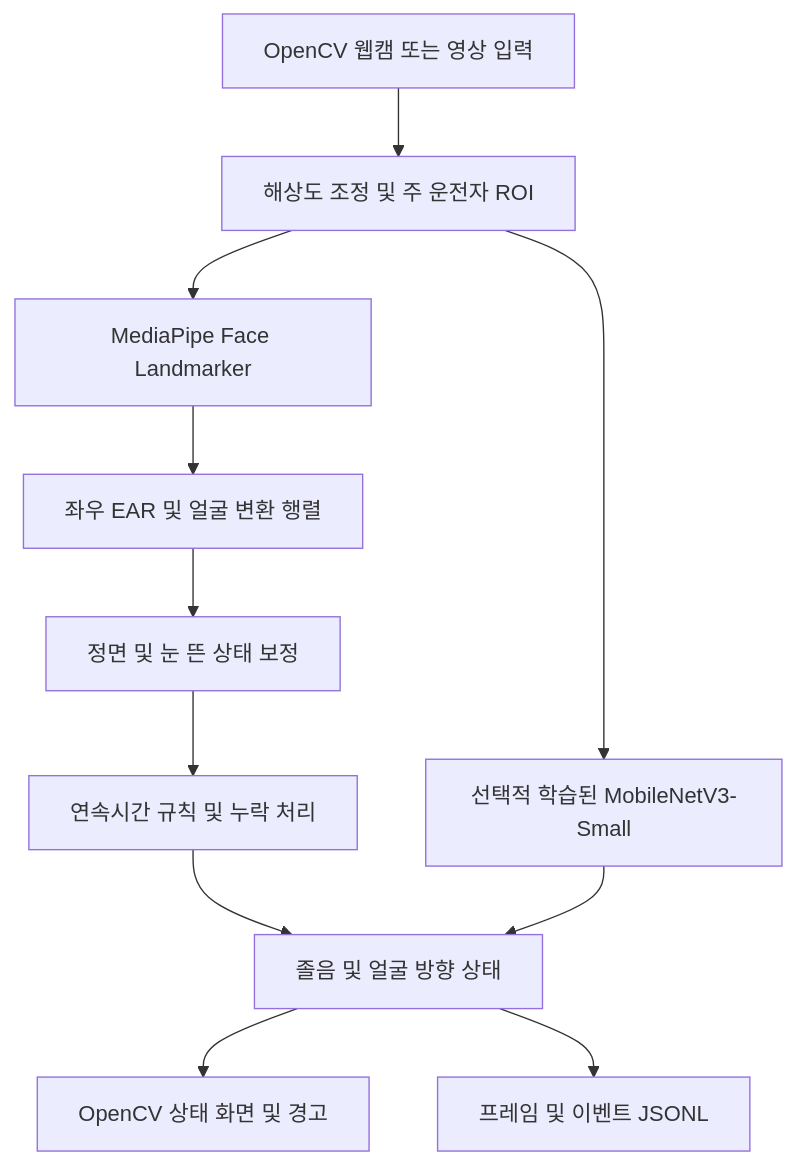
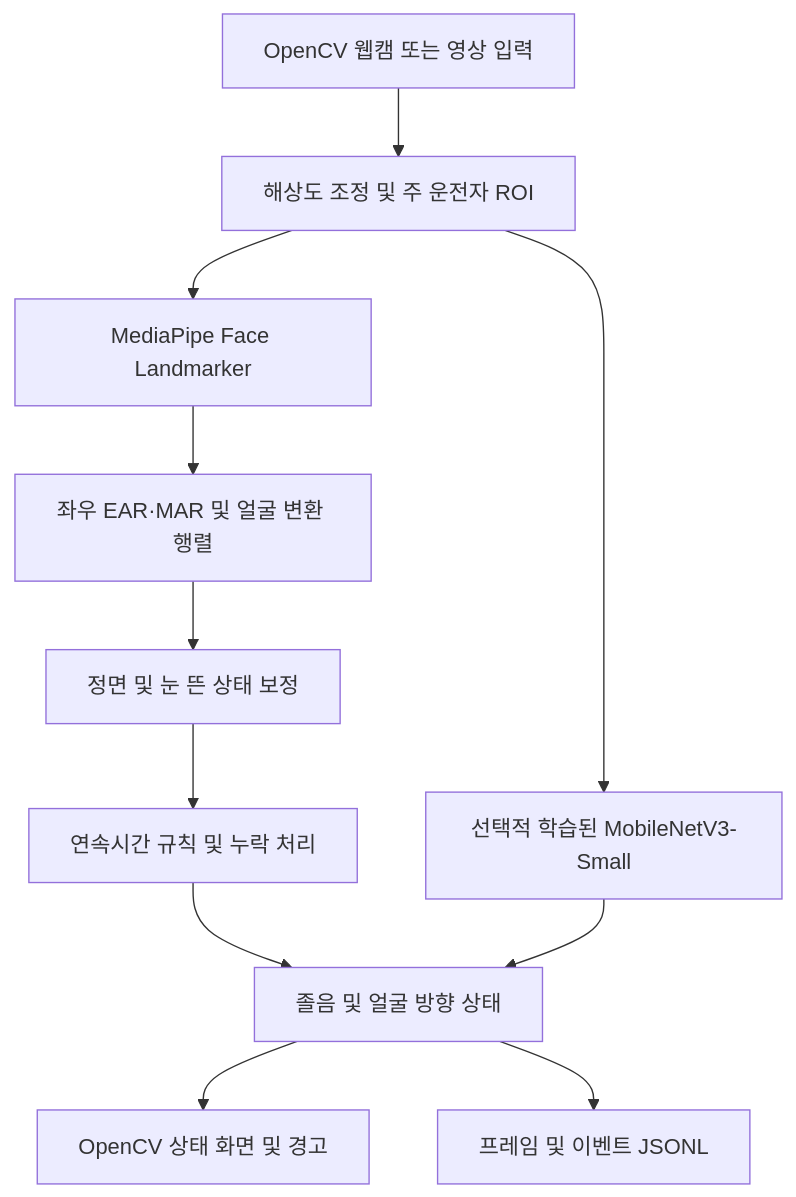
One commit to gaebalgaebal/gachon-p-practice-dms changed the diagram in docs/ARCHITECTURE.md. Above: the diagram before and after it, drawn with Mermaid. The commit also changed other lines of this file and 94 other files, not shown here.

````diff
--- a/docs/ARCHITECTURE.md
+++ b/docs/ARCHITECTURE.md
@@ -5,13 +5,13 @@
 ```mermaid
 flowchart TD
     I[OpenCV 웹캠 또는 영상 입력] --> R[해상도 조정 및 주 운전자 ROI]
     R --> M[MediaPipe Face Landmarker]
-    M --> E[좌우 EAR 및 얼굴 변환 행렬]
+    M --> E[좌우 EAR·MAR 및 얼굴 변환 행렬]
     E --> C[정면 및 눈 뜬 상태 보정]
     C --> T[연속시간 규칙 및 누락 처리]
     R --> A[선택적 학습된 MobileNetV3-Small]
     T --> O[졸음 및 얼굴 방향 상태]
     A --> O
     O --> U[OpenCV 상태 화면 및 경고]
     O --> L[프레임 및 이벤트 JSONL]
 ```
````
